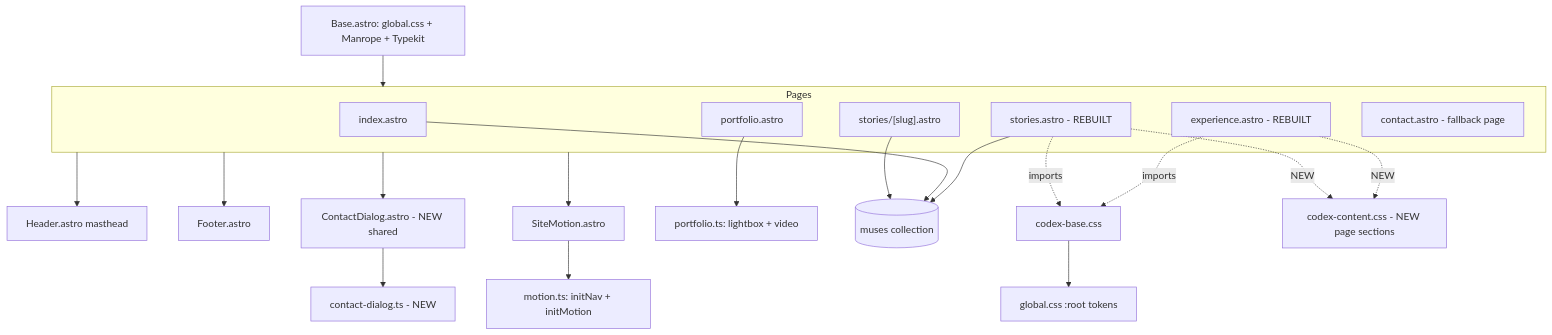
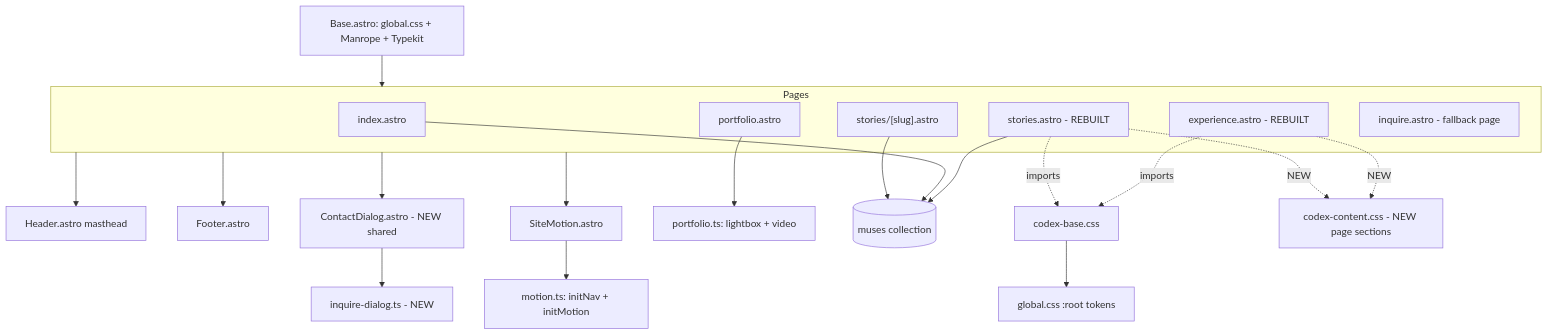
One commit to emgeier/PhotographerSite changed the first of 3 diagrams in astro-photographer/.kiro/specs/codex-experience-stories-contact/design.md. Above: the diagram before and after it, drawn with Mermaid. The commit also changed other lines of this file and 41 other files, not shown here.

````diff
--- a/astro-photographer/.kiro/specs/codex-experience-stories-contact/design.md
+++ b/astro-photographer/.kiro/specs/codex-experience-stories-contact/design.md
@@ -51,27 +51,27 @@
 ```mermaid
 graph TD
     Base[Base.astro: global.css + Manrope + Typekit] --> Pages
     subgraph Pages
       Home[index.astro]
       Portfolio[portfolio.astro]
       Experience[experience.astro - REBUILT]
       Stories[stories.astro - REBUILT]
       StoryDetail["stories/[slug].astro"]
-      Contact[contact.astro - fallback page]
+      Inquire[inquire.astro - fallback page]
     end
     Pages --> Header[Header.astro masthead]
     Pages --> Footer[Footer.astro]
     Pages --> ContactDialog[ContactDialog.astro - NEW shared]
     Pages --> SiteMotion[SiteMotion.astro]
     SiteMotion --> motion[motion.ts: initNav + initMotion]
-    ContactDialog --> contactScript[contact-dialog.ts - NEW]
+    ContactDialog --> contactScript[inquire-dialog.ts - NEW]
     Portfolio --> portfolioScript[portfolio.ts: lightbox + video]
     Stories --> Muses[(muses collection)]
     Home --> Muses
     StoryDetail --> Muses
     Experience -. imports .-> codexBase[codex-base.css]
     Stories -. imports .-> codexBase
     Experience -. NEW .-> codexContent[codex-content.css - NEW page sections]
     Stories -. NEW .-> codexContent
     codexBase --> tokens[global.css :root tokens]
 ```
````
